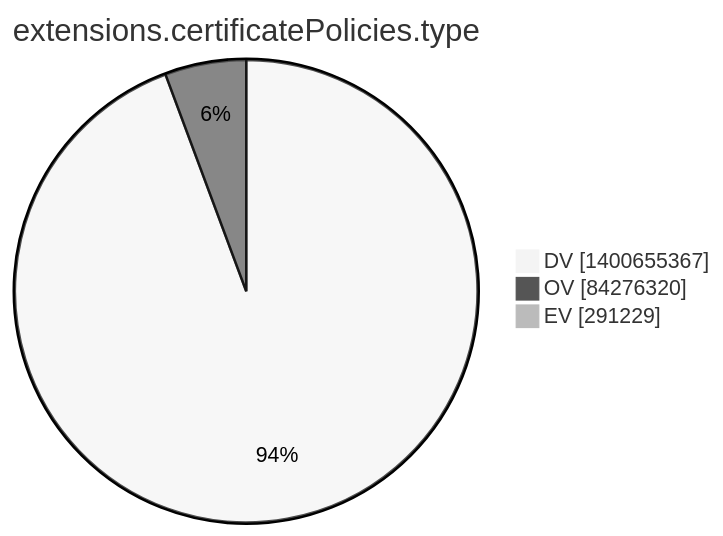
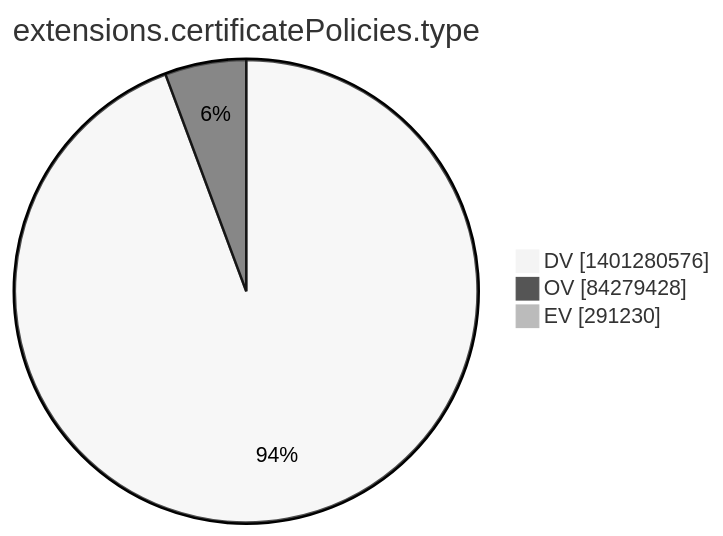
One commit to christiankrug/ctmonitor_visualization changed the tenth of 15 diagrams in argon2022/README.md. Above: the diagram before and after it, drawn with Mermaid (neutral theme). The commit also changed other lines of this file, not shown here.

````diff
--- a/argon2022/README.md
+++ b/argon2022/README.md
@@ -2773,7 +2773,7 @@
 ```mermaid
 pie showData
 title extensions.certificatePolicies.type
-"DV" :1400655367
-"OV" :84276320
-"EV" :291229
+"DV" :1401280576
+"OV" :84279428
+"EV" :291230
 ```
````
